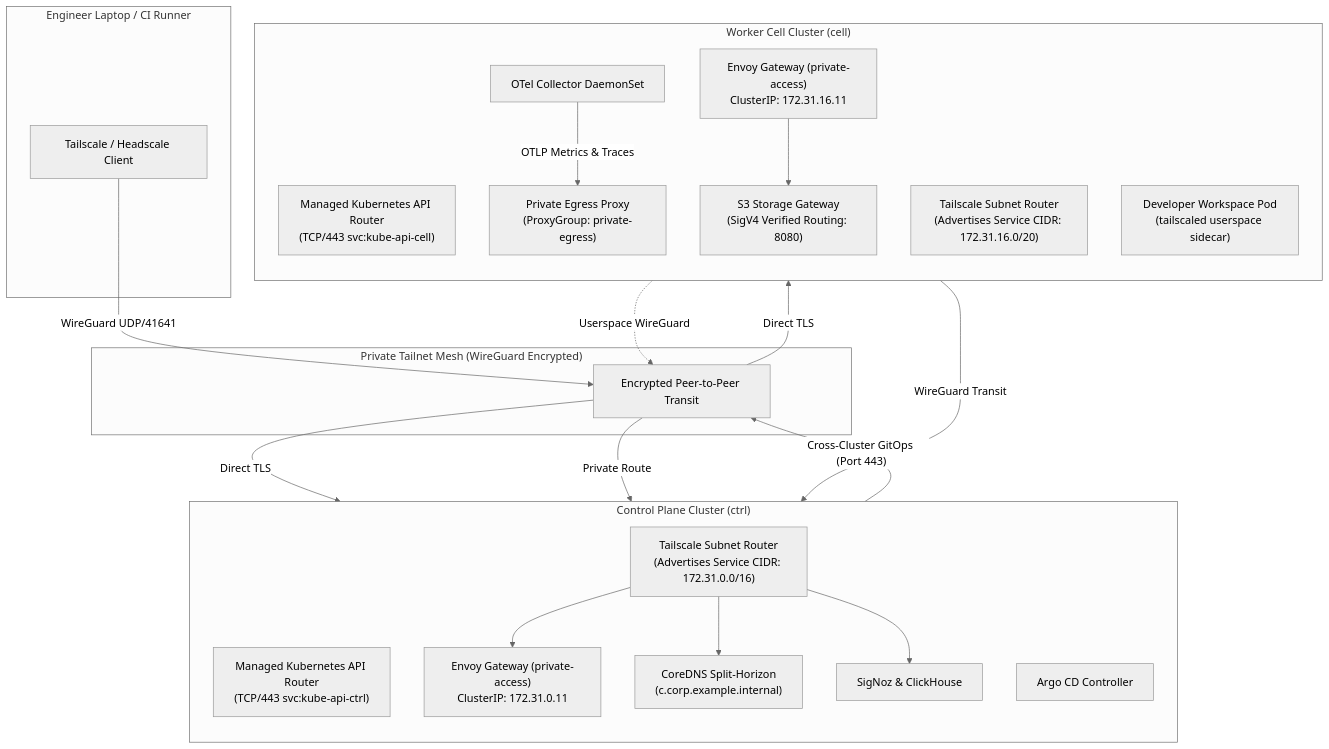
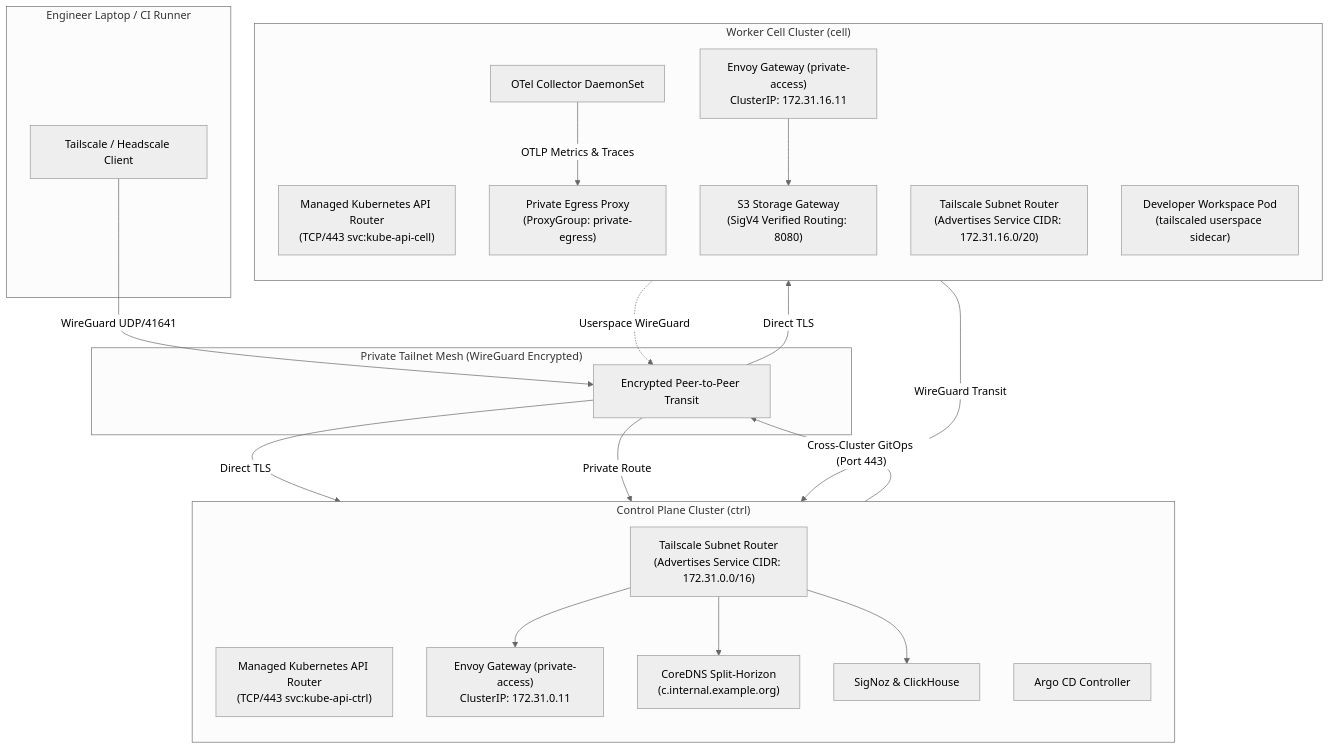
Before and after one commit to simonepri/openplex: the second of 7 diagrams in src/infra/docs/operator.md, drawn with Mermaid (neutral theme). The commit also changed other lines of this file and 158 other files, not shown here.

Commit message:
fix(platform): vendor helm charts, refresh dependencies, and update documentation

````diff
--- a/src/infra/docs/operator.md
+++ b/src/infra/docs/operator.md
@@ -235,47 +270,47 @@
 ```mermaid
 flowchart TD
     subgraph Client["Engineer Laptop / CI Runner"]
         TailscaleClient["Tailscale / Headscale Client"]
     end
 
     subgraph Tailnet["Private Tailnet Mesh (WireGuard Encrypted)"]
         MeshRoute["Encrypted Peer-to-Peer Transit"]
     end
 
     subgraph ControlPlane["Control Plane Cluster (ctrl)"]
         direction TB
         KubeRouterCtrl["Managed Kubernetes API Router<br/>(TCP/443 svc:kube-api-ctrl)"]
         SubnetRouterCtrl["Tailscale Subnet Router<br/>(Advertises Service CIDR: 172.31.0.0/16)"]
         CtrlGateway["Envoy Gateway (private-access)<br/>ClusterIP: 172.31.0.11"]
-        CoreDNSCtrl["CoreDNS Split-Horizon<br/>(c.corp.example.internal)"]
+        CoreDNSCtrl["CoreDNS Split-Horizon<br/>(c.internal.example.org)"]
         ArgoServer["Argo CD Controller"]
         SigNoz["SigNoz & ClickHouse"]
     end
 
     subgraph WorkerCell["Worker Cell Cluster (cell)"]
         direction TB
         KubeRouterCell["Managed Kubernetes API Router<br/>(TCP/443 svc:kube-api-cell)"]
         SubnetRouterCell["Tailscale Subnet Router<br/>(Advertises Service CIDR: 172.31.16.0/20)"]
         CellGateway["Envoy Gateway (private-access)<br/>ClusterIP: 172.31.16.11"]
         CellEgressProxy["Private Egress Proxy<br/>(ProxyGroup: private-egress)"]
         S3Gateway["S3 Storage Gateway<br/>(SigV4 Verified Routing: 8080)"]
         OTelAgent["OTel Collector DaemonSet"]
         DevWorkspace["Developer Workspace Pod<br/>(tailscaled userspace sidecar)"]
     end
 
     TailscaleClient -->|WireGuard UDP/41641| MeshRoute
     MeshRoute -->|Direct TLS| KubeRouterCtrl
     MeshRoute -->|Private Route| SubnetRouterCtrl
     SubnetRouterCtrl --> CtrlGateway
     SubnetRouterCtrl --> CoreDNSCtrl
 
     ArgoServer -->|"Cross-Cluster GitOps (Port 443)"| MeshRoute
     MeshRoute -->|Direct TLS| KubeRouterCell
 
     OTelAgent -->|OTLP Metrics & Traces| CellEgressProxy
     CellEgressProxy -->|WireGuard Transit| SubnetRouterCtrl
     SubnetRouterCtrl --> SigNoz
 
     DevWorkspace -.->|Userspace WireGuard| MeshRoute
     CellGateway --> S3Gateway
 ```
````
